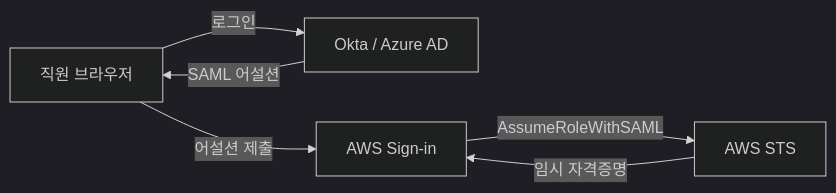
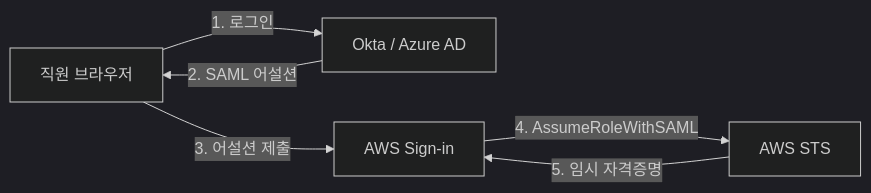
Before and after one commit to rhcwlq89/rhcwlq89.github.io: the fourth of 5 diagrams in src/content/blog/aws-credential-federation-deep-dive.md, drawn with Mermaid (dark theme). The commit also changed other lines of this file and 1 other file, not shown here.

Commit message:
docs: 자격증명 페더레이션 글 5.1·5.3절 다이어그램에 시퀀스 번호 추가 (한/영)
SAML 콘솔 로그인(5.1)은 User가 IdP·Console을 왕복하는 5단계,
EKS IRSA(5.3)는 Pod이 송신·수신 양쪽으로 등장하는 4단계라 화살표 방향만으로는
순서 파악이 어려웠음. 각 엣지 라벨에 1·2·3… 번호를 붙여 흐름을 명시.

1.2(IAM Role 기본 흐름, 3단계)와 4.3(개념도)은 번호가 오히려 부담이 되거나
부정확해서 그대로 둠. 3.2 GitHub Actions 흐름은 sequenceDiagram에 이미
1–7 번호가 들어가 있어 변경 불필요.

````diff
--- a/src/content/blog/aws-credential-federation-deep-dive.md
+++ b/src/content/blog/aws-credential-federation-deep-dive.md
@@ -444,8 +444,8 @@
 ```mermaid
 flowchart LR
-    User[직원 브라우저] -->|로그인| IdP[Okta / Azure AD]
-    IdP -->|SAML 어설션| User
-    User -->|어설션 제출| Console[AWS Sign-in]
-    Console -->|AssumeRoleWithSAML| STS[AWS STS]
-    STS -->|임시 자격증명| Console
+    User[직원 브라우저] -->|"1. 로그인"| IdP[Okta / Azure AD]
+    IdP -->|"2. SAML 어설션"| User
+    User -->|"3. 어설션 제출"| Console[AWS Sign-in]
+    Console -->|"4. AssumeRoleWithSAML"| STS[AWS STS]
+    STS -->|"5. 임시 자격증명"| Console
 ```
````
